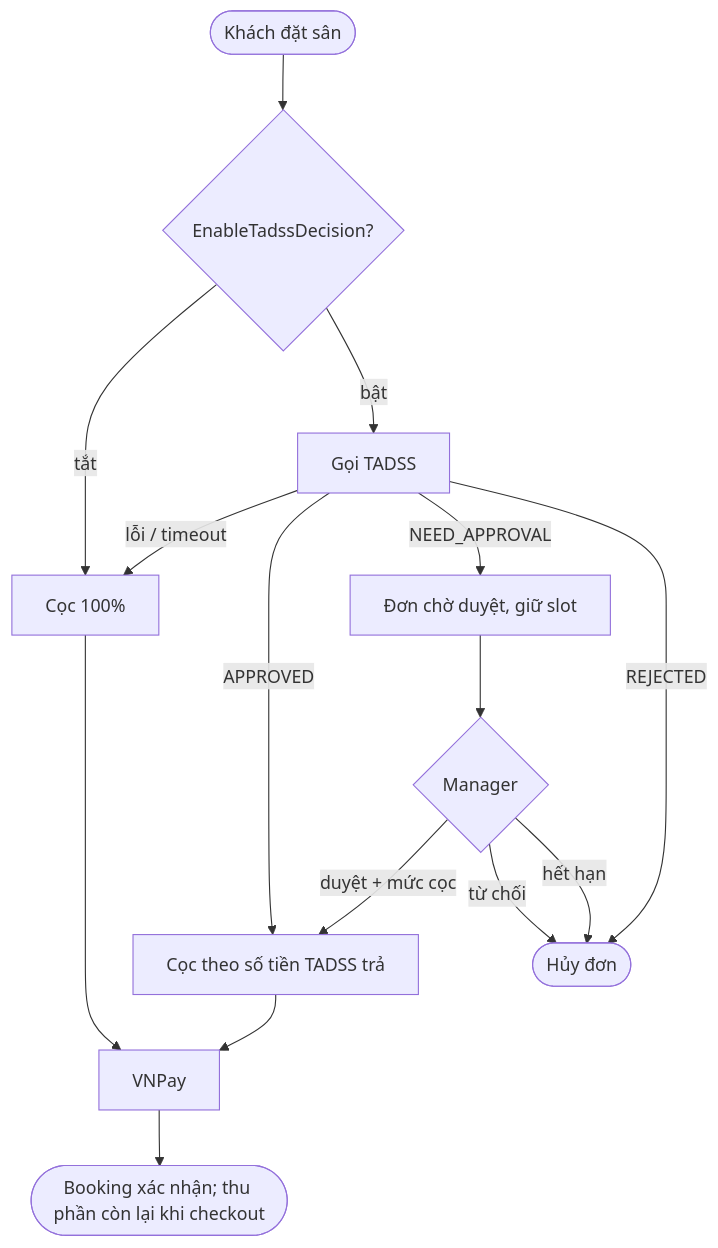
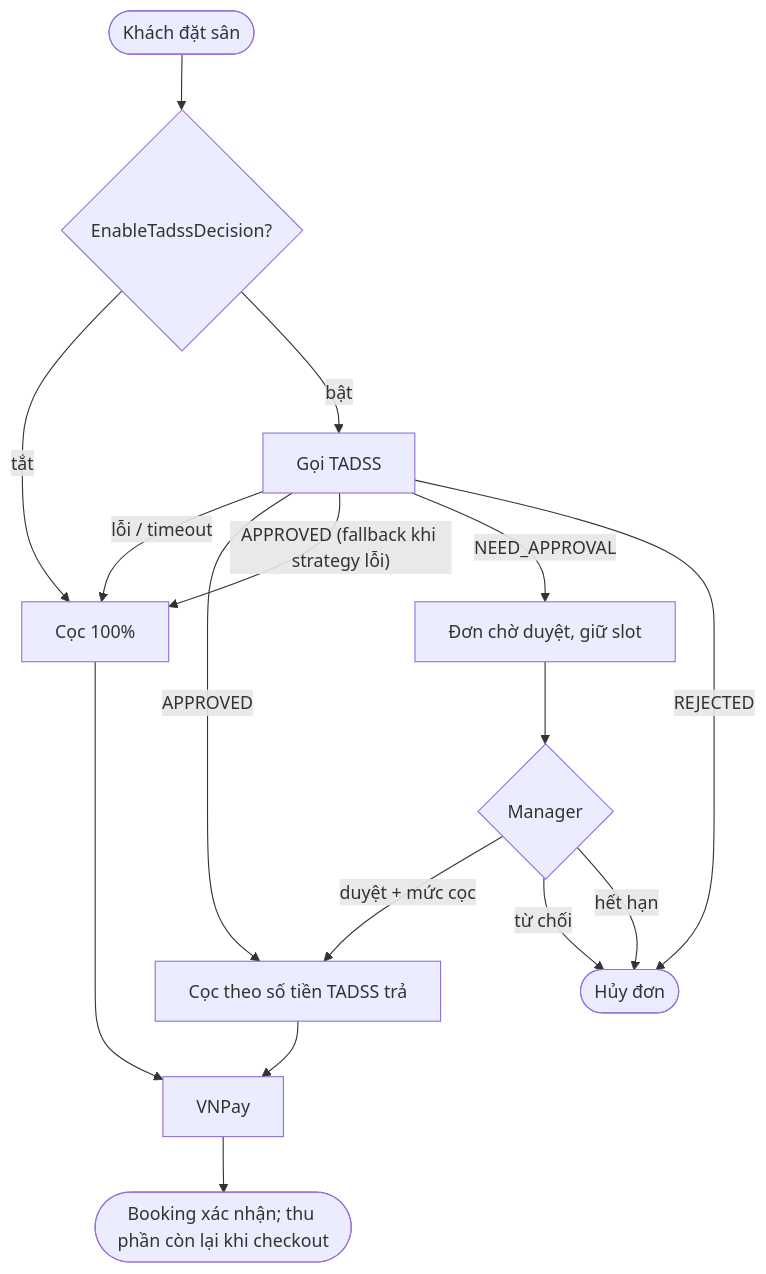
The third of 4 diagrams in docs/PROJECT_BLUEPRINT_AND_SYSTEM_OVERVIEW.md (NguyenThanhTrung-N2T/TrustworthyAdaptiveDecisionSupportSystem-TADSS), drawn with Mermaid before and after one commit. The commit also changed other lines of this file and 24 other files, not shown here.

First line of the commit message:
feat(resilience): fallback returns APPROVED with 100% deposit (D-13)

````diff
--- a/docs/PROJECT_BLUEPRINT_AND_SYSTEM_OVERVIEW.md
+++ b/docs/PROJECT_BLUEPRINT_AND_SYSTEM_OVERVIEW.md
@@ -85,16 +85,17 @@
 ```mermaid
 flowchart TD
     Start([Khách đặt sân]) --> Flag{EnableTadssDecision?}
     Flag -- tắt --> Full[Cọc 100%]
     Flag -- bật --> Call[Gọi TADSS]
     Call -- lỗi / timeout --> Full
     Call -- APPROVED --> Dep[Cọc theo số tiền TADSS trả]
+    Call -- "APPROVED (fallback khi strategy lỗi)" --> Full
     Call -- NEED_APPROVAL --> Wait[Đơn chờ duyệt, giữ slot]
     Call -- REJECTED --> Cancel([Hủy đơn])
     Wait --> M{Manager}
     M -- duyệt + mức cọc --> Dep
     M -- từ chối --> Cancel
     M -- hết hạn --> Cancel
     Dep --> Pay[VNPay] --> Done([Booking xác nhận; thu phần còn lại khi checkout])
     Full --> Pay
 ```
````
